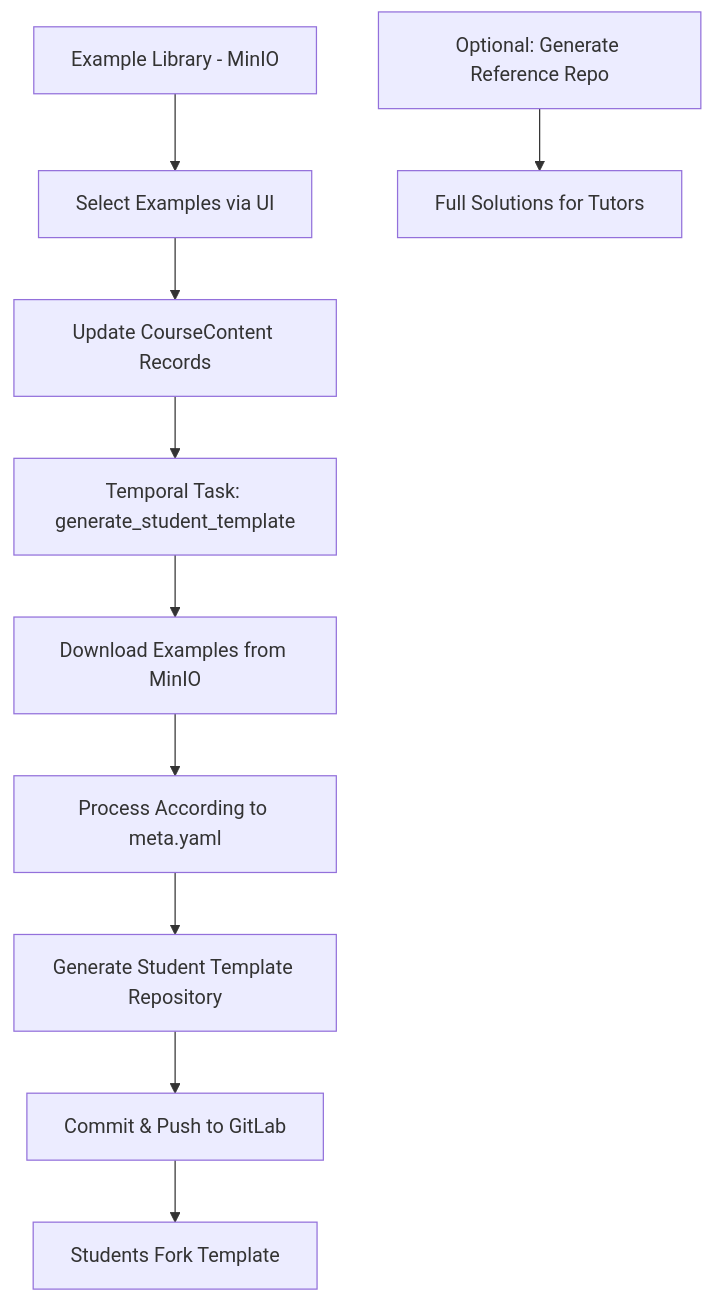
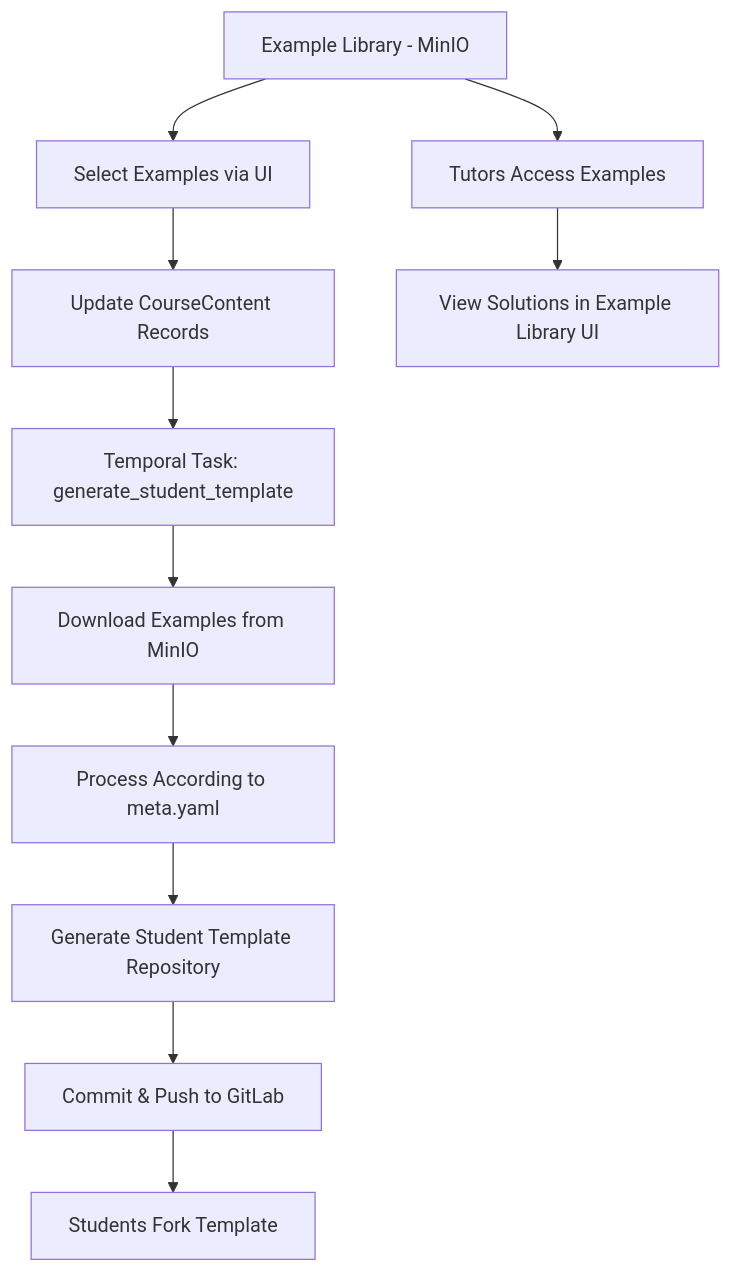
Before and after one commit to computor-org/computor-fullstack: the third of 3 diagrams in docs/EXAMPLE_DEPLOYMENT_STRATEGY.md, drawn with Mermaid. The commit also changed other lines of this file, not shown here.

First line of the commit message:
docs: update strategy to eliminate reference repository as well

````diff
--- a/docs/EXAMPLE_DEPLOYMENT_STRATEGY.md
+++ b/docs/EXAMPLE_DEPLOYMENT_STRATEGY.md
@@ -111,13 +117,14 @@
 ```mermaid
 graph TD
     A[Example Library - MinIO] --> B[Select Examples via UI]
     B --> C[Update CourseContent Records]
     C --> D[Temporal Task: generate_student_template]
     D --> E[Download Examples from MinIO]
     E --> F[Process According to meta.yaml]
     F --> G[Generate Student Template Repository]
     G --> H[Commit & Push to GitLab]
     H --> I[Students Fork Template]
     
-    J[Optional: Generate Reference Repo] --> K[Full Solutions for Tutors]
+    J[Tutors Access Examples] --> K[View Solutions in Example Library UI]
+    A --> J
 ```
````
